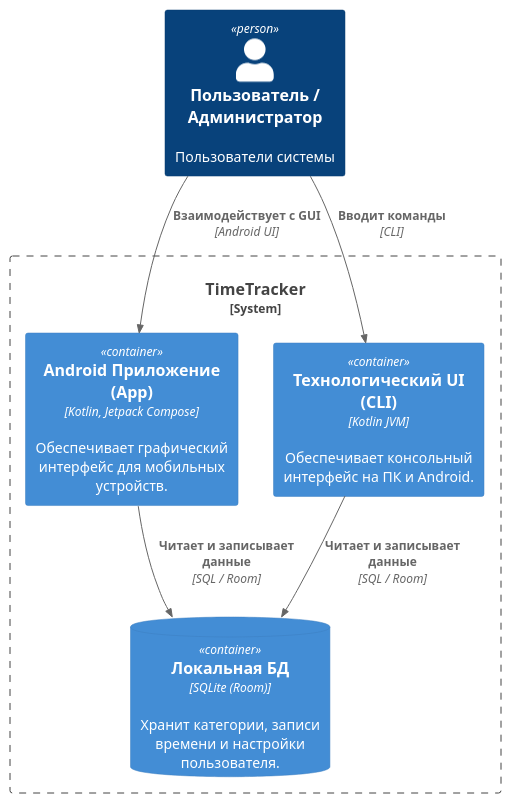
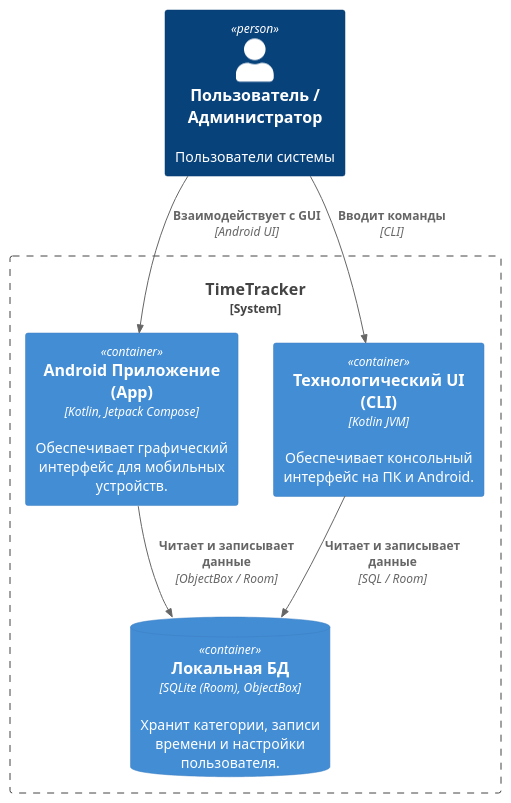
One commit to da-fuu/IU7_7sem_Web changed the diagram in docs/L2.puml. Above: the diagram before and after it, drawn with PlantUML. The commit also changed 9 other files, not shown here.

```diff
--- a/docs/L2.puml
+++ b/docs/L2.puml
@@ -1,21 +1,21 @@
 @startuml
 !include <c4/C4_Container.puml>
 
 Person(user, "Пользователь / Администратор", "Пользователи системы")
 
 System_Boundary(time_tracker_system, "TimeTracker") {
 
     Container(app, "Android Приложение (App)", "Kotlin, Jetpack Compose", "Обеспечивает графический интерфейс для мобильных устройств.")
 
     Container(tech_ui, "Технологический UI (CLI)", "Kotlin JVM", "Обеспечивает консольный интерфейс на ПК и Android.")
 
-    ContainerDb(local_db, "Локальная БД", "SQLite (Room)", "Хранит категории, записи времени и настройки пользователя.")
+    ContainerDb(local_db, "Локальная БД", "SQLite (Room), ObjectBox", "Хранит категории, записи времени и настройки пользователя.")
 }
 
 Rel(user, app, "Взаимодействует с GUI", "Android UI")
 Rel(user, tech_ui, "Вводит команды", "CLI")
 
-Rel(app, local_db, "Читает и записывает данные", "SQL / Room")
+Rel(app, local_db, "Читает и записывает данные", "ObjectBox / Room")
 Rel(tech_ui, local_db, "Читает и записывает данные", "SQL / Room")
 
 @enduml
```
